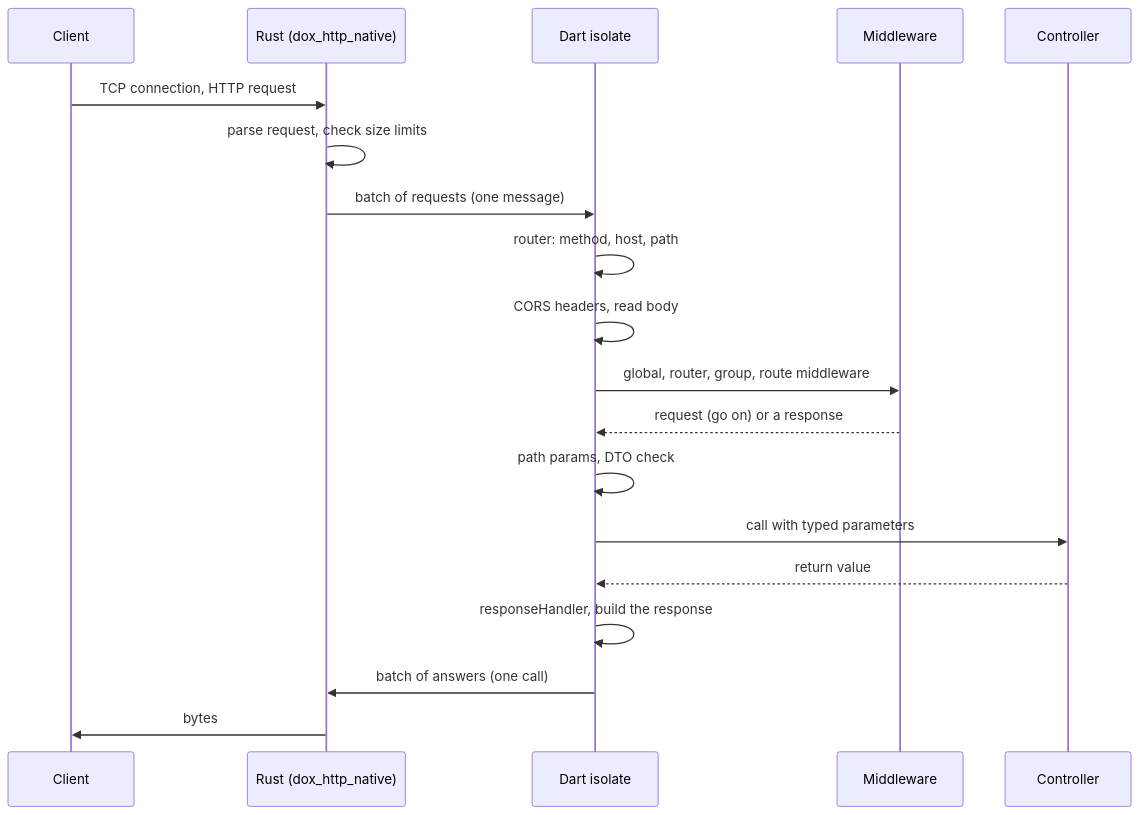
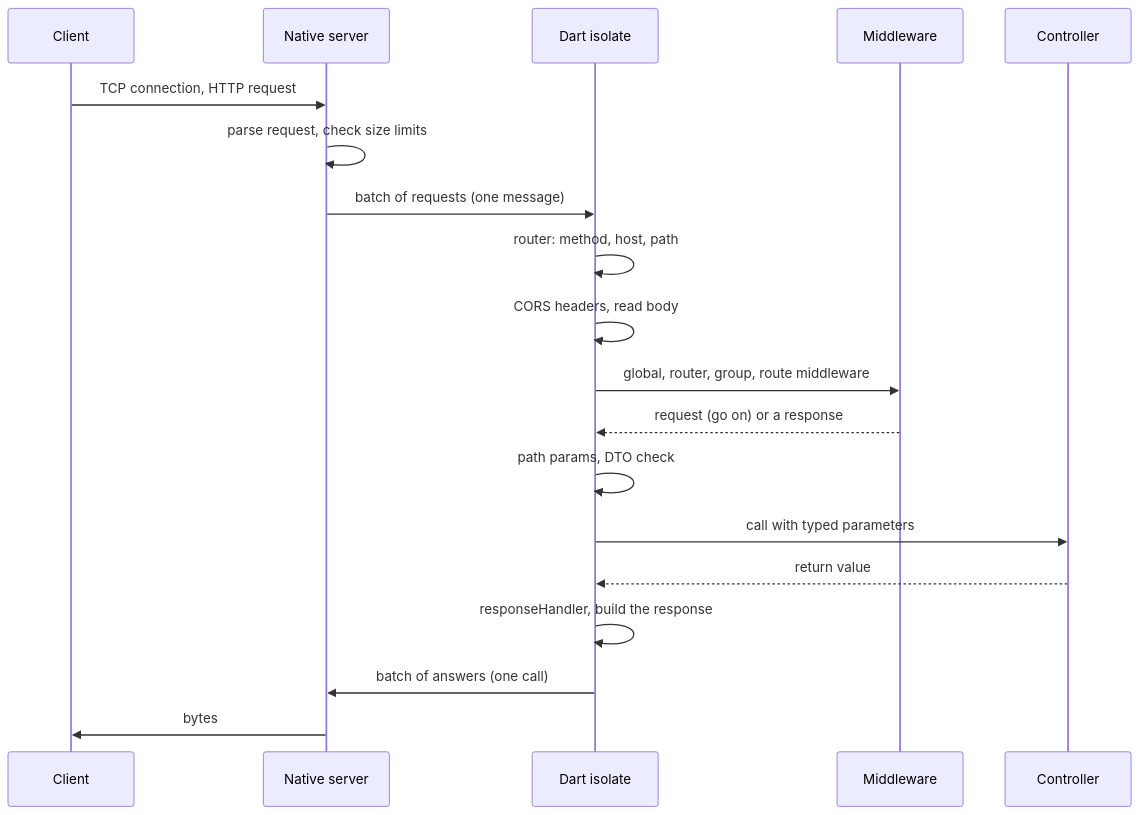
The second of 2 diagrams in docs/concepts/how-dox-works.md (dartondox/dox), drawn with Mermaid before and after one commit. The commit also changed other lines of this file and 112 other files, not shown here.

````diff
--- a/docs/concepts/how-dox-works.md
+++ b/docs/concepts/how-dox-works.md
@@ -38,22 +45,22 @@
 ```mermaid
 sequenceDiagram
     participant C as Client
-    participant R as Rust (dox_http_native)
+    participant R as Native server
     participant D as Dart isolate
     participant M as Middleware
     participant K as Controller
 
     C->>R: TCP connection, HTTP request
     R->>R: parse request, check size limits
     R->>D: batch of requests (one message)
     D->>D: router: method, host, path
     D->>D: CORS headers, read body
     D->>M: global, router, group, route middleware
     M-->>D: request (go on) or a response
     D->>D: path params, DTO check
     D->>K: call with typed parameters
     K-->>D: return value
     D->>D: responseHandler, build the response
     D->>R: batch of answers (one call)
     R->>C: bytes
 ```
````
